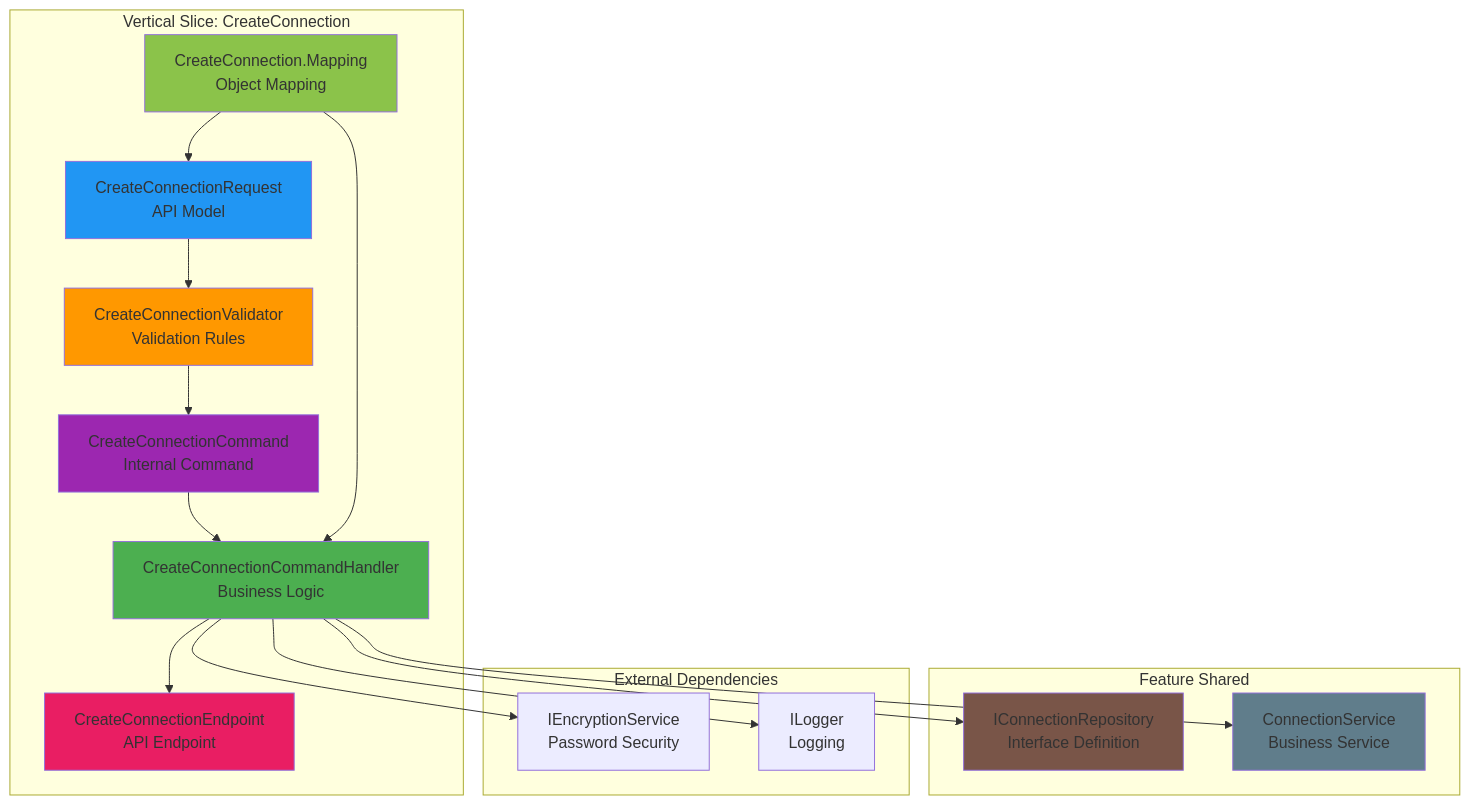
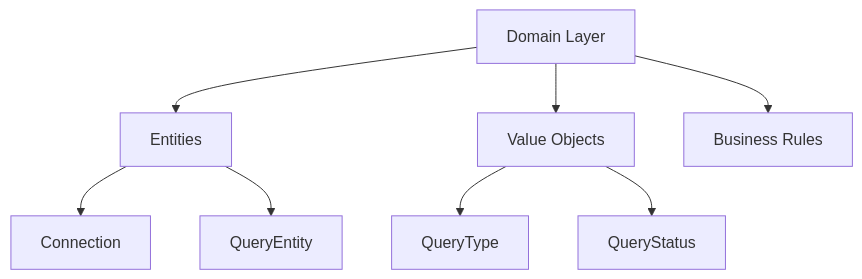
The fourth of 10 diagrams in docs/Architecture.md (Furqat-Abduvosiqov/PgExplorer), drawn with Mermaid before and after one commit. The commit also changed other lines of this file, not shown here.

````diff
--- a/docs/Architecture.md
+++ b/docs/Architecture.md
@@ -671,35 +71,11 @@
 ```mermaid
 graph TD
-    subgraph "Vertical Slice: CreateConnection"
-        A[CreateConnectionRequest<br/>API Model] --> B[CreateConnectionValidator<br/>Validation Rules]
-        B --> C[CreateConnectionCommand<br/>Internal Command]
-        C --> D[CreateConnectionCommandHandler<br/>Business Logic]
-        D --> E[CreateConnectionEndpoint<br/>API Endpoint]
-        F[CreateConnection.Mapping<br/>Object Mapping] --> D
-        F --> A
-    end
+    A[Domain Layer] --> B[Entities]
+    A --> C[Value Objects]
+    A --> D[Business Rules]
     
-    subgraph "Feature Shared"
-        G[IConnectionRepository<br/>Interface Definition]
-        H[ConnectionService<br/>Business Service]
-    end
-    
-    subgraph "External Dependencies"
-        I[IEncryptionService<br/>Password Security]
-        J[ILogger<br/>Logging]
-    end
-    
-    D --> G
-    D --> H
-    D --> I
-    D --> J
-    
-    style A fill:#2196f3
-    style B fill:#ff9800
-    style C fill:#9c27b0
-    style D fill:#4caf50
-    style E fill:#e91e63
-    style F fill:#8bc34a
-    style G fill:#795548
-    style H fill:#607d8b
+    B --> E[Connection]
+    B --> F[QueryEntity]
+    C --> G[QueryType]
+    C --> H[QueryStatus]
 ```
````
